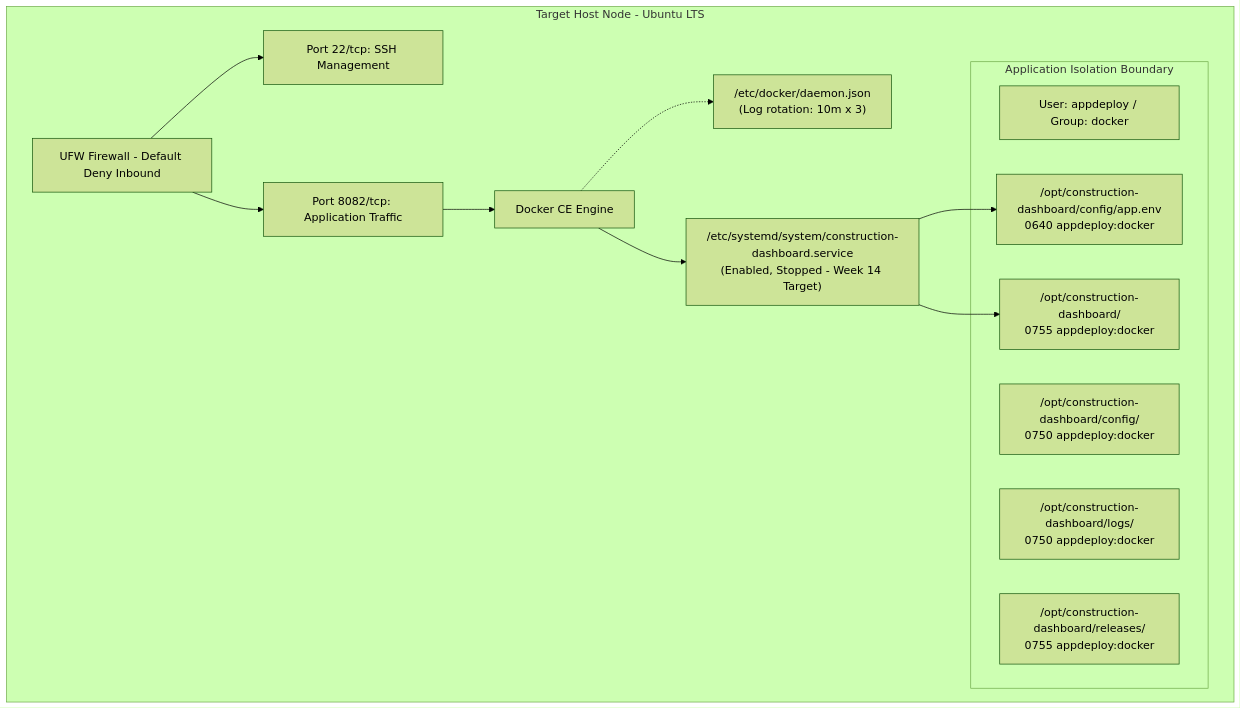
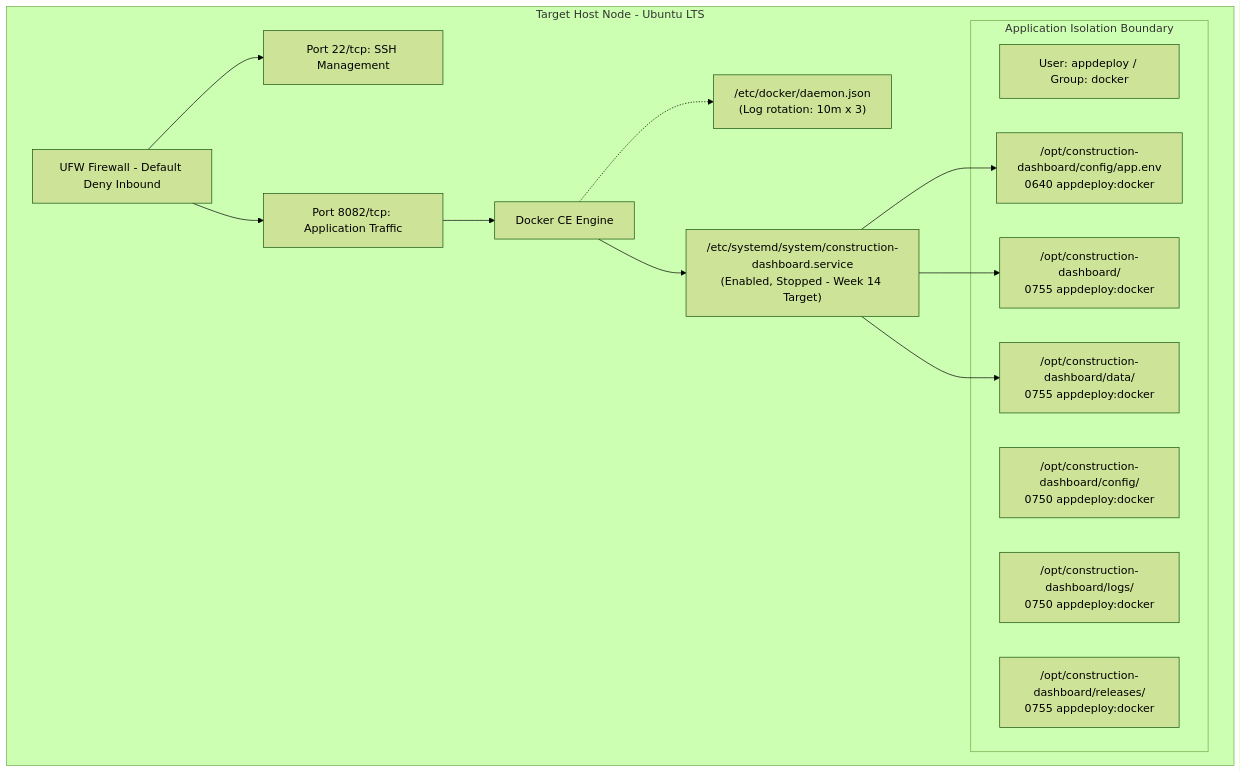
Before and after one commit to ganesh-dahiphale/construction_project_dashboard: the diagram in docs/CONFIG_SPEC.md, drawn with Mermaid (forest theme). The commit also changed other lines of this file and 2 other files, not shown here.

Commit message:
feat(ansible): add persistent data directory and volume mount (#68)

````diff
--- a/docs/CONFIG_SPEC.md
+++ b/docs/CONFIG_SPEC.md
@@ -15,31 +15,33 @@
 ```mermaid
 graph TD
     subgraph Target Host [Target Host Node - Ubuntu LTS]
         UFW[UFW Firewall - Default Deny Inbound]
         P22[Port 22/tcp: SSH Management]
         P8082[Port 8082/tcp: Application Traffic]
         
         UFW --> P22
         UFW --> P8082
         
         DockerEngine[Docker CE Engine]
         DaemonJson["/etc/docker/daemon.json<br>(Log rotation: 10m x 3)"]
         DockerEngine -.-> DaemonJson
         
         subgraph AppIsolation [Application Isolation Boundary]
             User[User: appdeploy / Group: docker]
             OptDir["/opt/construction-dashboard/<br>0755 appdeploy:docker"]
             ConfigDir["/opt/construction-dashboard/config/<br>0750 appdeploy:docker"]
             LogsDir["/opt/construction-dashboard/logs/<br>0750 appdeploy:docker"]
             ReleasesDir["/opt/construction-dashboard/releases/<br>0755 appdeploy:docker"]
+            DataDir["/opt/construction-dashboard/data/<br>0755 appdeploy:docker"]
             EnvFile["/opt/construction-dashboard/config/app.env<br>0640 appdeploy:docker"]
         end
         
         SystemdUnit["/etc/systemd/system/construction-dashboard.service<br>(Enabled, Stopped - Week 14 Target)"]
         
         P8082 --> DockerEngine
         DockerEngine --> SystemdUnit
         SystemdUnit --> EnvFile
         SystemdUnit --> OptDir
+        SystemdUnit --> DataDir
     end
 ```
````
